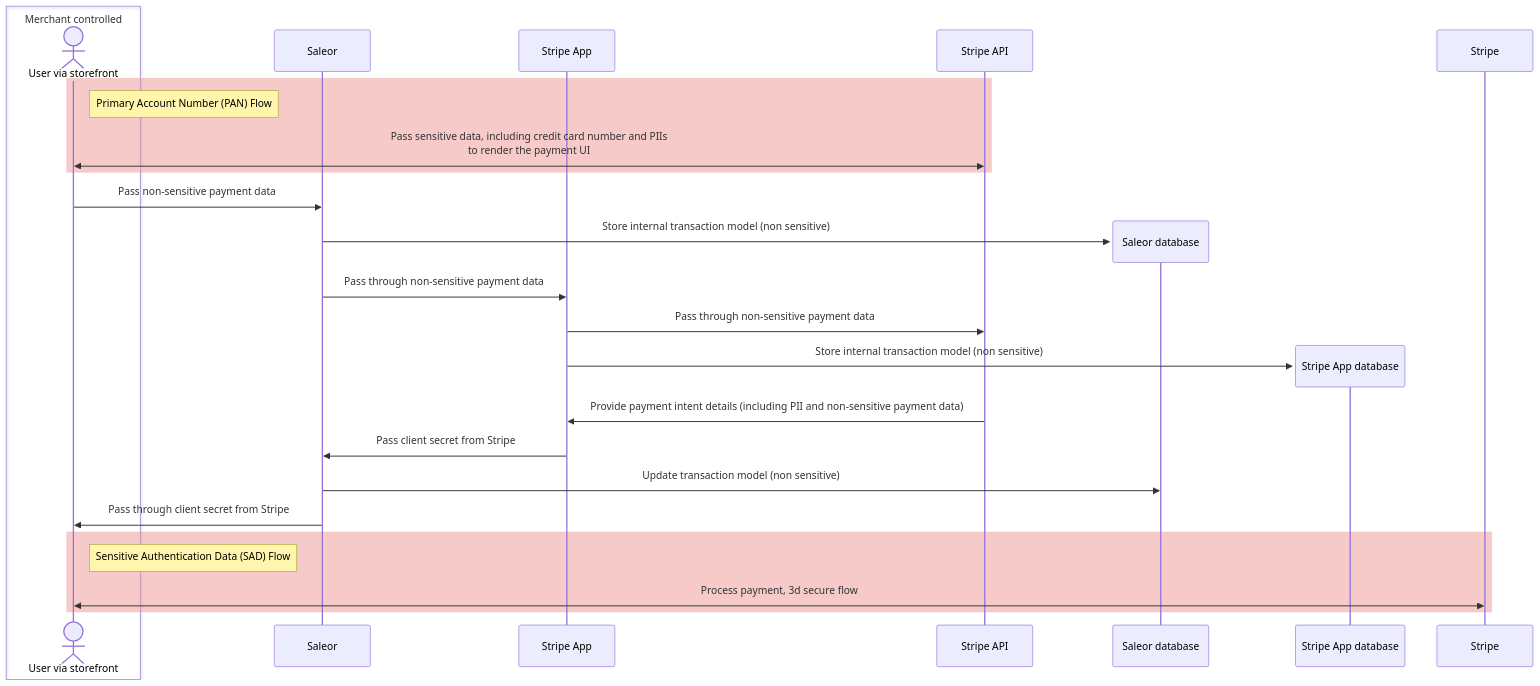
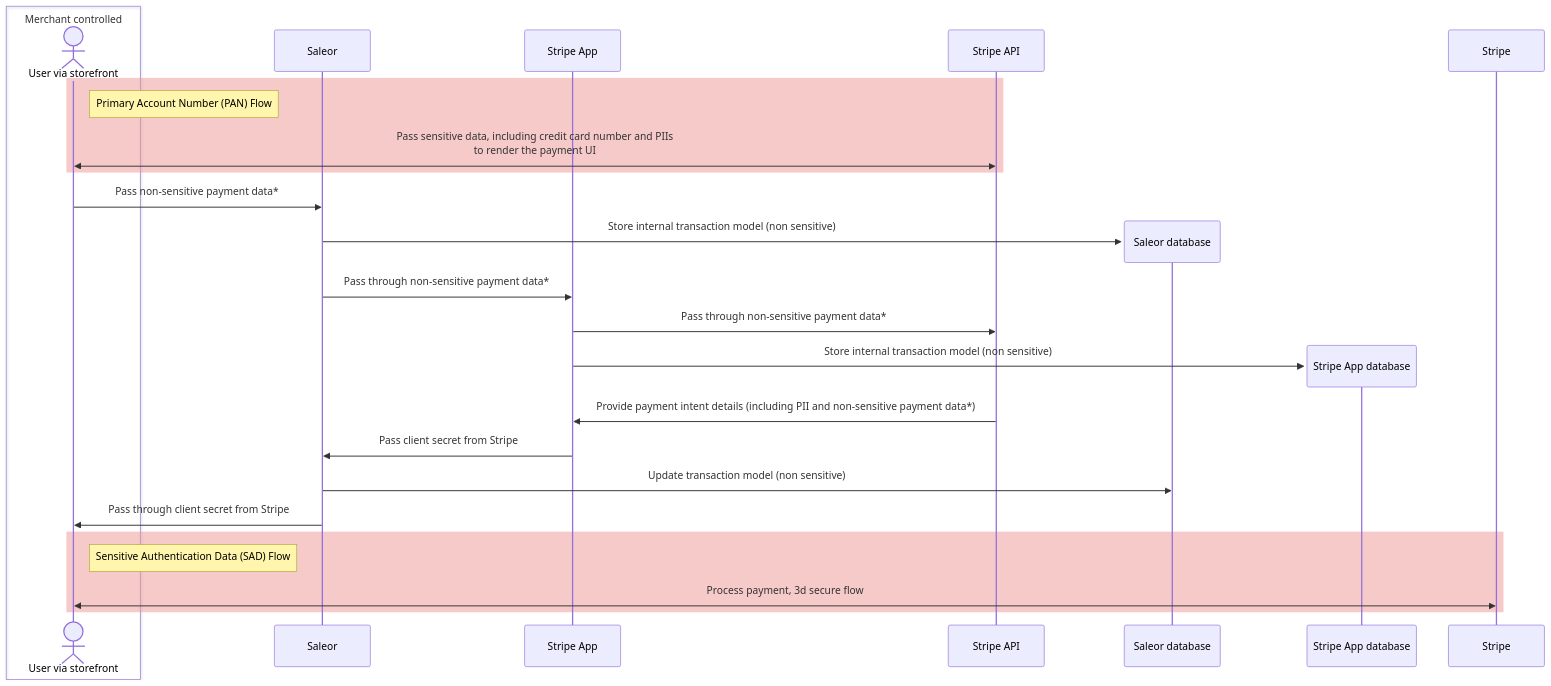
The diagram in docs/developer/app-store/apps/stripe/pci-dss.mdx (saleor/saleor-docs), drawn with Mermaid before and after one commit. The commit also changed other lines of this file and 1 other file, not shown here.

Commit message:
Add PCI DSS for NP Atobarai & update Stripe app diagram

````diff
--- a/docs/developer/app-store/apps/stripe/pci-dss.mdx
+++ b/docs/developer/app-store/apps/stripe/pci-dss.mdx
@@ -9,32 +9,32 @@
 ```mermaid
 sequenceDiagram
     box Merchant controlled
     actor User via storefront
     end
     participant Saleor
     participant Stripe App
     participant Stripe API
 
     rect rgba(240,150,150,0.5)
         note right of User via storefront: Primary Account Number (PAN) Flow
         User via storefront <<->> Stripe API: Pass sensitive data, including credit card number and PIIs<br/>to render the payment UI
     end
 
-    User via storefront ->> Saleor: Pass non-sensitive payment data
+    User via storefront ->> Saleor: Pass non-sensitive payment data*
     create participant Saleor database
     Saleor ->> Saleor database: Store internal transaction model (non sensitive)
-    Saleor ->> Stripe App: Pass through non-sensitive payment data
-    Stripe App ->> Stripe API: Pass through non-sensitive payment data
+    Saleor ->> Stripe App: Pass through non-sensitive payment data*
+    Stripe App ->> Stripe API: Pass through non-sensitive payment data*
     create participant Stripe App database
     Stripe App ->> Stripe App database: Store internal transaction model (non sensitive)
 
-    Stripe API ->> Stripe App: Provide payment intent details (including PII and non-sensitive payment data)
+    Stripe API ->> Stripe App: Provide payment intent details (including PII and non-sensitive payment data*)
     Stripe App ->> Saleor: Pass client secret from Stripe
     Saleor ->> Saleor database: Update transaction model (non sensitive)
     Saleor ->> User via storefront: Pass through client secret from Stripe
 
     rect rgba(240,150,150,0.5)
         note right of User via storefront: Sensitive Authentication Data (SAD) Flow
         User via storefront <<->> Stripe: Process payment, 3d secure flow
     end
 ```
````
